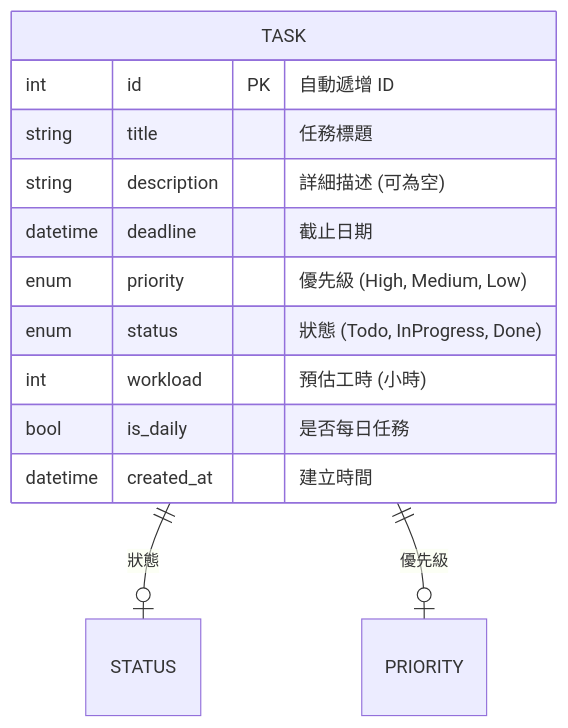
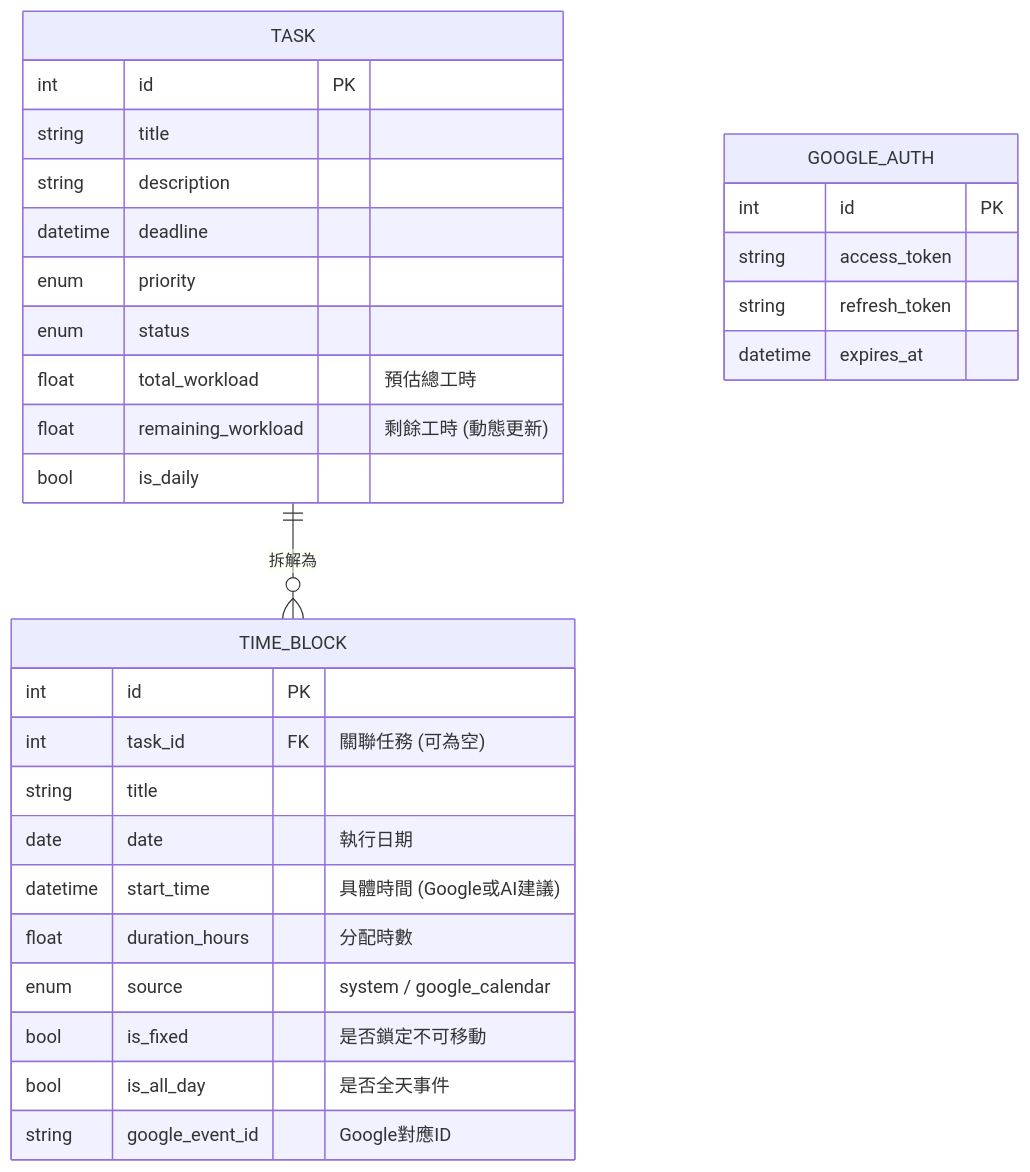
The second of 4 diagrams in system_graph.md (pppppppphoebe/AI_Task_Manager), drawn with Mermaid before and after one commit. The commit also changed other lines of this file and 24 other files, not shown here.

Commit message:
identify function and check google calendar

````diff
--- a/system_graph.md
+++ b/system_graph.md
@@ -40,17 +45,35 @@
 ```mermaid
 erDiagram
-    TASK ||--o| STATUS : "狀態"
-    TASK ||--o| PRIORITY : "優先級"
+    TASK ||--o{ TIME_BLOCK : "拆解為"
+    TASK {
+        int id PK
+        string title
+        string description
+        datetime deadline
+        enum priority
+        enum status
+        float total_workload "預估總工時"
+        float remaining_workload "剩餘工時 (動態更新)"
+        bool is_daily
+    }
 
-    TASK {
-        int id PK "自動遞增 ID"
-        string title "任務標題"
-        string description "詳細描述 (可為空)"
-        datetime deadline "截止日期"
-        enum priority "優先級 (High, Medium, Low)"
-        enum status "狀態 (Todo, InProgress, Done)"
-        int workload "預估工時 (小時)"
-        bool is_daily "是否每日任務"
-        datetime created_at "建立時間"
+    TIME_BLOCK {
+        int id PK
+        int task_id FK "關聯任務 (可為空)"
+        string title
+        date date "執行日期"
+        datetime start_time "具體時間 (Google或AI建議)"
+        float duration_hours "分配時數"
+        enum source "system / google_calendar"
+        bool is_fixed "是否鎖定不可移動"
+        bool is_all_day "是否全天事件"
+        string google_event_id "Google對應ID"
+    }
+
+    GOOGLE_AUTH {
+        int id PK
+        string access_token
+        string refresh_token
+        datetime expires_at
     }
 ```
````
